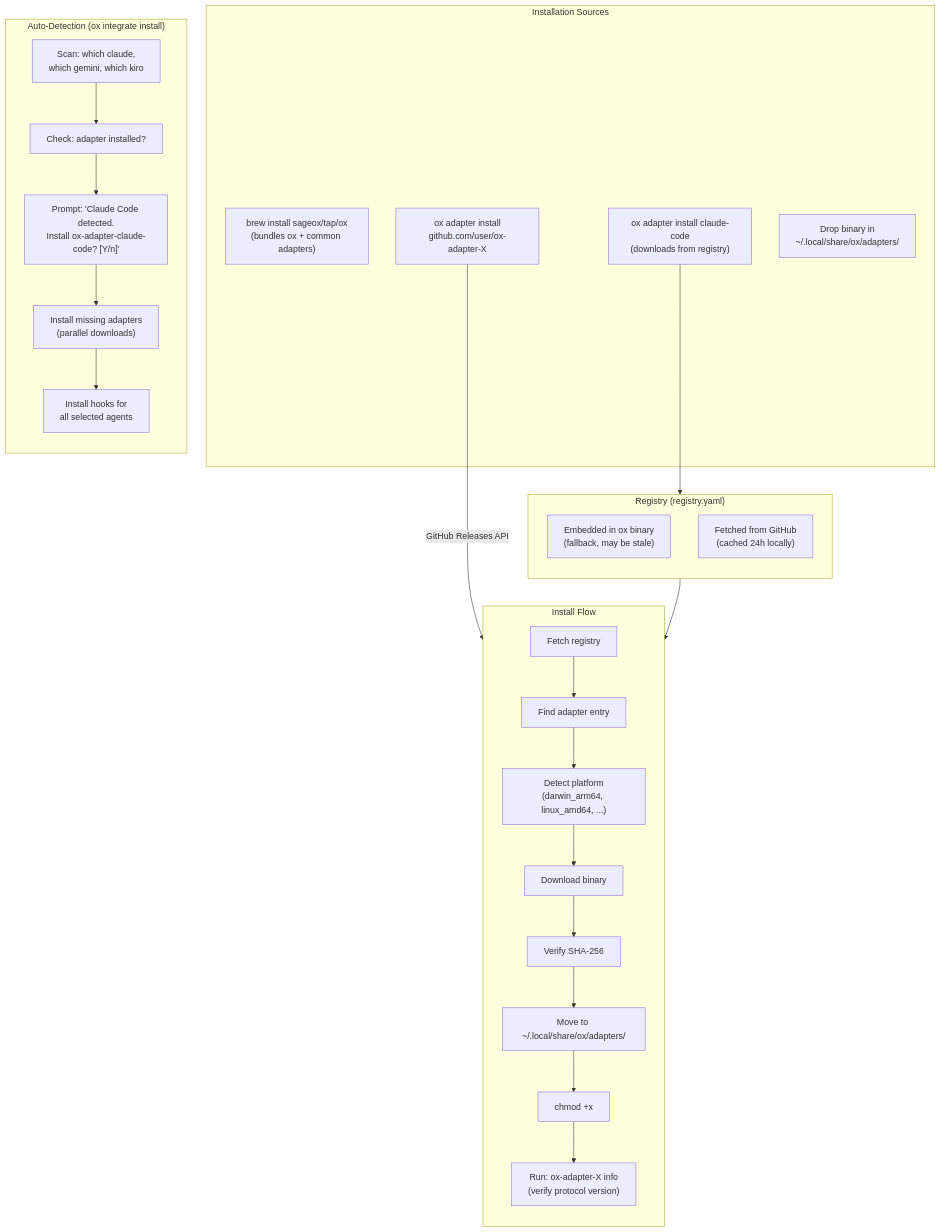
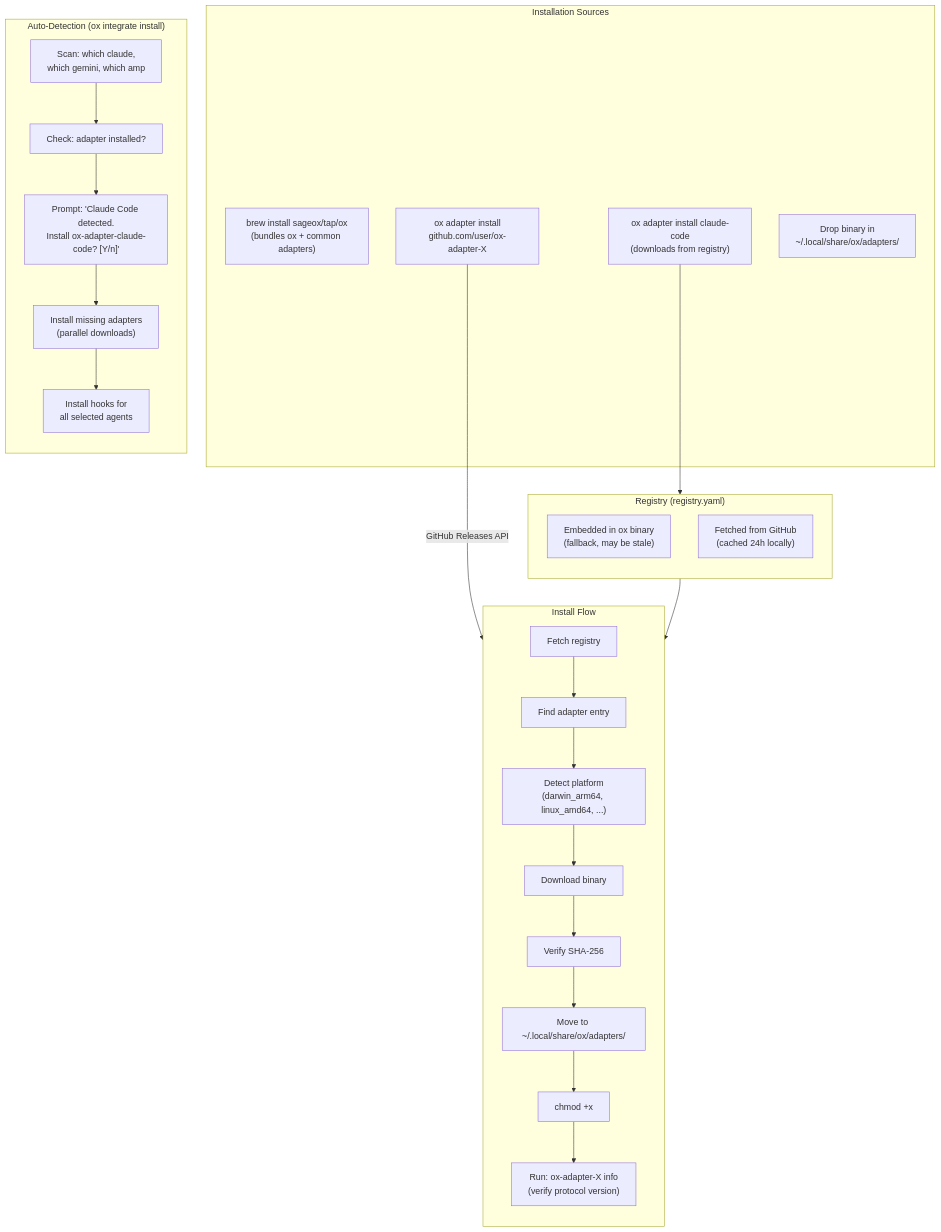
The ninth of 12 diagrams in adapter/DIAGRAMS.md (sageox/ox), drawn with Mermaid before and after one commit. The commit also changed other lines of this file and 22 other files, not shown here.

````diff
--- a/adapter/DIAGRAMS.md
+++ b/adapter/DIAGRAMS.md
@@ -340,42 +339,42 @@
 ```mermaid
 flowchart TB
     subgraph sources["Installation Sources"]
         Brew["brew install sageox/tap/ox<br/>(bundles ox + common adapters)"]
         Manual["ox adapter install claude-code<br/>(downloads from registry)"]
         Community["ox adapter install<br/>github.com/user/ox-adapter-X"]
         Local["Drop binary in<br/>~/.local/share/ox/adapters/"]
     end
 
     subgraph registry["Registry (registry.yaml)"]
         direction TB
         R1["Embedded in ox binary<br/>(fallback, may be stale)"]
         R2["Fetched from GitHub<br/>(cached 24h locally)"]
     end
 
     subgraph install_flow["Install Flow"]
         direction TB
         F1["Fetch registry"]
         F2["Find adapter entry"]
         F3["Detect platform<br/>(darwin_arm64, linux_amd64, ...)"]
         F4["Download binary"]
         F5["Verify SHA-256"]
         F6["Move to ~/.local/share/ox/adapters/"]
         F7["chmod +x"]
         F8["Run: ox-adapter-X info<br/>(verify protocol version)"]
         F1 --> F2 --> F3 --> F4 --> F5 --> F6 --> F7 --> F8
     end
 
     Manual --> registry
     Community -->|"GitHub Releases API"| F4
     registry --> F1
 
     subgraph auto["Auto-Detection (ox integrate install)"]
         direction TB
-        A1["Scan: which claude,<br/>which gemini, which kiro"]
+        A1["Scan: which claude,<br/>which gemini, which amp"]
         A2["Check: adapter installed?"]
         A3["Prompt: 'Claude Code detected.<br/>Install ox-adapter-claude-code? [Y/n]'"]
         A4["Install missing adapters<br/>(parallel downloads)"]
         A5["Install hooks for<br/>all selected agents"]
         A1 --> A2 --> A3 --> A4 --> A5
     end
 ```
````
